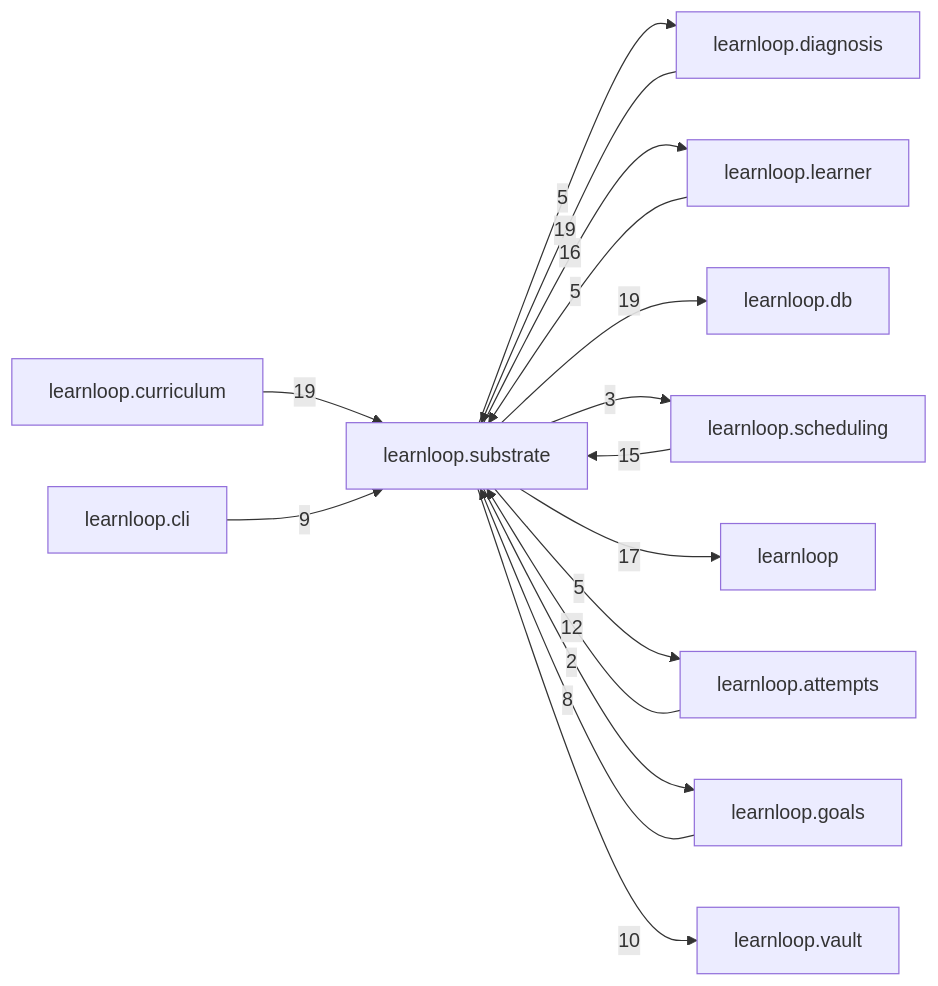
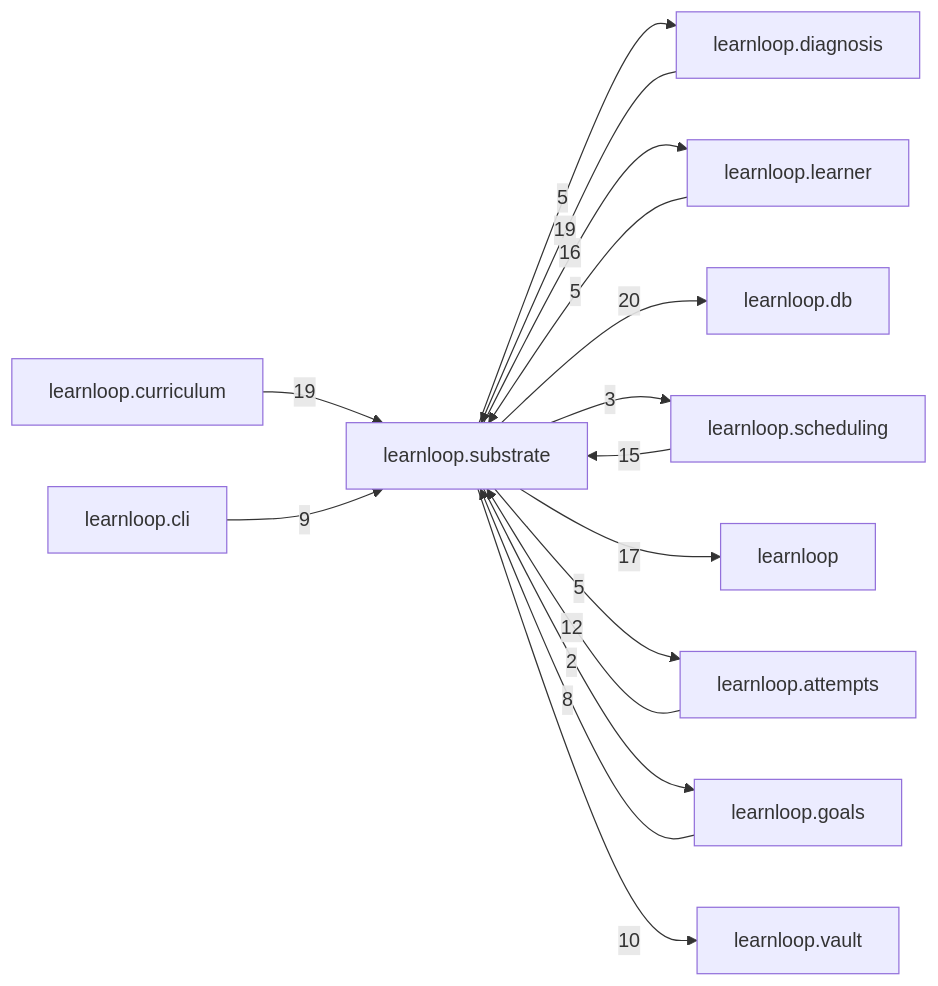
Before and after one commit to 6up-b/learnanything: the diagram in docs/learnloop-architecture-vault/Reference/Modules/learnloop/substrate/_package.md, drawn with Mermaid. The commit also changed other lines of this file and 338 other files, not shown here.

````diff
--- a/docs/learnloop-architecture-vault/Reference/Modules/learnloop/substrate/_package.md
+++ b/docs/learnloop-architecture-vault/Reference/Modules/learnloop/substrate/_package.md
@@ -130,29 +130,29 @@
 ```mermaid
 flowchart LR
     center["learnloop.substrate"]
     n_learnloop_diagnosis["learnloop.diagnosis"]
     n_learnloop_learner["learnloop.learner"]
+    n_learnloop_db["learnloop.db"]
     n_learnloop_curriculum["learnloop.curriculum"]
-    n_learnloop_db["learnloop.db"]
     n_learnloop_scheduling["learnloop.scheduling"]
     n_learnloop["learnloop"]
     n_learnloop_attempts["learnloop.attempts"]
     n_learnloop_goals["learnloop.goals"]
     n_learnloop_vault["learnloop.vault"]
     n_learnloop_cli["learnloop.cli"]
     n_learnloop_diagnosis -->|19| center
     center -->|5| n_learnloop_diagnosis
     n_learnloop_learner -->|5| center
     center -->|16| n_learnloop_learner
+    center -->|20| n_learnloop_db
     n_learnloop_curriculum -->|19| center
-    center -->|19| n_learnloop_db
     n_learnloop_scheduling -->|15| center
     center -->|3| n_learnloop_scheduling
     center -->|17| n_learnloop
     n_learnloop_attempts -->|12| center
     center -->|5| n_learnloop_attempts
     n_learnloop_goals -->|8| center
     center -->|2| n_learnloop_goals
     center -->|10| n_learnloop_vault
     n_learnloop_cli -->|9| center
 ```
````
